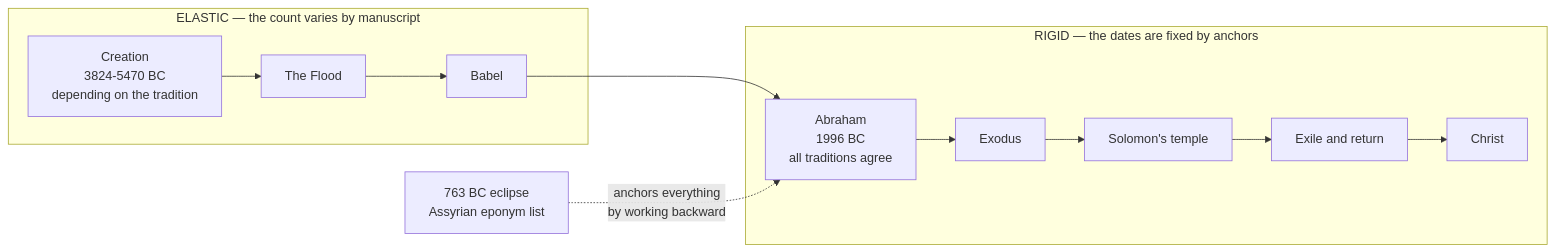
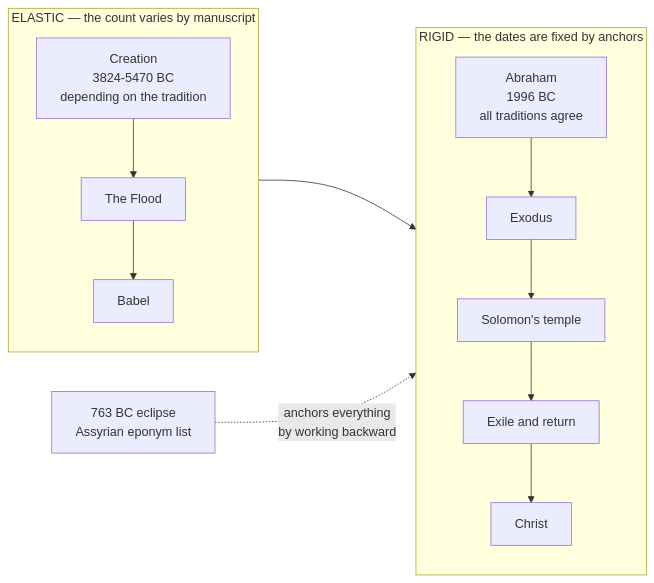
One commit to ding0t/bible_studies changed the first of 3 diagrams in docs/content/last-things/combined-timeline.md. Above: the diagram before and after it, drawn with Mermaid. The commit also changed other lines of this file and 8 other files, not shown here.

````diff
--- a/docs/content/last-things/combined-timeline.md
+++ b/docs/content/last-things/combined-timeline.md
@@ -37,11 +37,13 @@
 ```mermaid
 flowchart LR
     subgraph E["ELASTIC — the count varies by manuscript"]
+        direction TB
         A["Creation<br/>3824-5470 BC<br/>depending on the tradition"] --> B["The Flood"] --> C["Babel"]
     end
     subgraph R["RIGID — the dates are fixed by anchors"]
+        direction TB
         D["Abraham<br/>1996 BC<br/>all traditions agree"] --> F["Exodus"] --> G["Solomon's temple"] --> H["Exile and return"] --> I["Christ"]
     end
-    C --> D
-    J["763 BC eclipse<br/>Assyrian eponym list"] -.->|"anchors everything<br/>by working backward"| D
+    E --> R
+    J["763 BC eclipse<br/>Assyrian eponym list"] -.->|"anchors everything<br/>by working backward"| R
 ```
````
